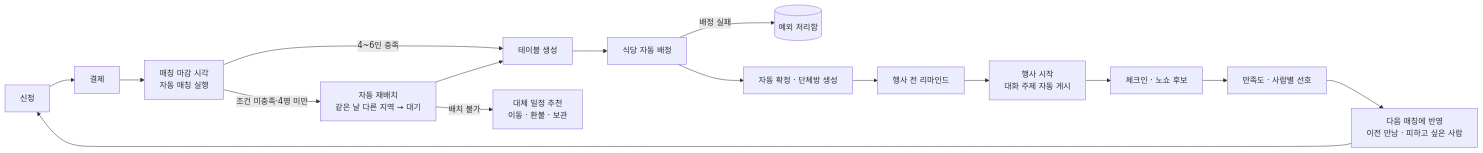
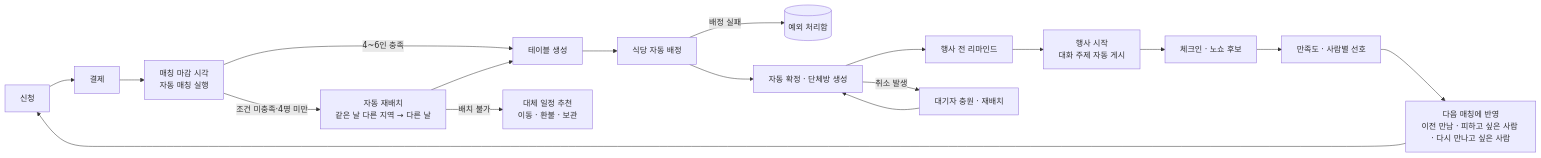
The diagram in README.md (staytraveler/siktak), drawn with Mermaid before and after one commit. The commit also changed other lines of this file and 9 other files, not shown here.

````diff
--- a/README.md
+++ b/README.md
@@ -35,18 +70,20 @@
 ```mermaid
 flowchart LR
   A[신청] --> B[결제]
   B --> C[매칭 마감 시각<br/>자동 매칭 실행]
   C -->|4~6인 충족| D[테이블 생성]
-  C -->|조건 미충족·4명 미만| E[자동 재배치<br/>같은 날 다른 지역 → 대기]
+  C -->|조건 미충족·4명 미만| E[자동 재배치<br/>같은 날 다른 지역 → 다른 날]
   E --> D
   E -->|배치 불가| F[대체 일정 추천<br/>이동 · 환불 · 보관]
   D --> G[식당 자동 배정]
   G -->|배정 실패| X[(예외 처리함)]
   G --> H[자동 확정 · 단체방 생성]
   H --> I[행사 전 리마인드]
   I --> J[행사 시작<br/>대화 주제 자동 게시]
   J --> K[체크인 · 노쇼 후보]
   K --> L[만족도 · 사람별 선호]
-  L --> M[다음 매칭에 반영<br/>이전 만남 · 피하고 싶은 사람]
+  L --> M[다음 매칭에 반영<br/>이전 만남 · 피하고 싶은 사람 · 다시 만나고 싶은 사람]
   M --> A
+  H -->|취소 발생| N[대기자 충원 · 재배치]
+  N --> H
 ```
````
